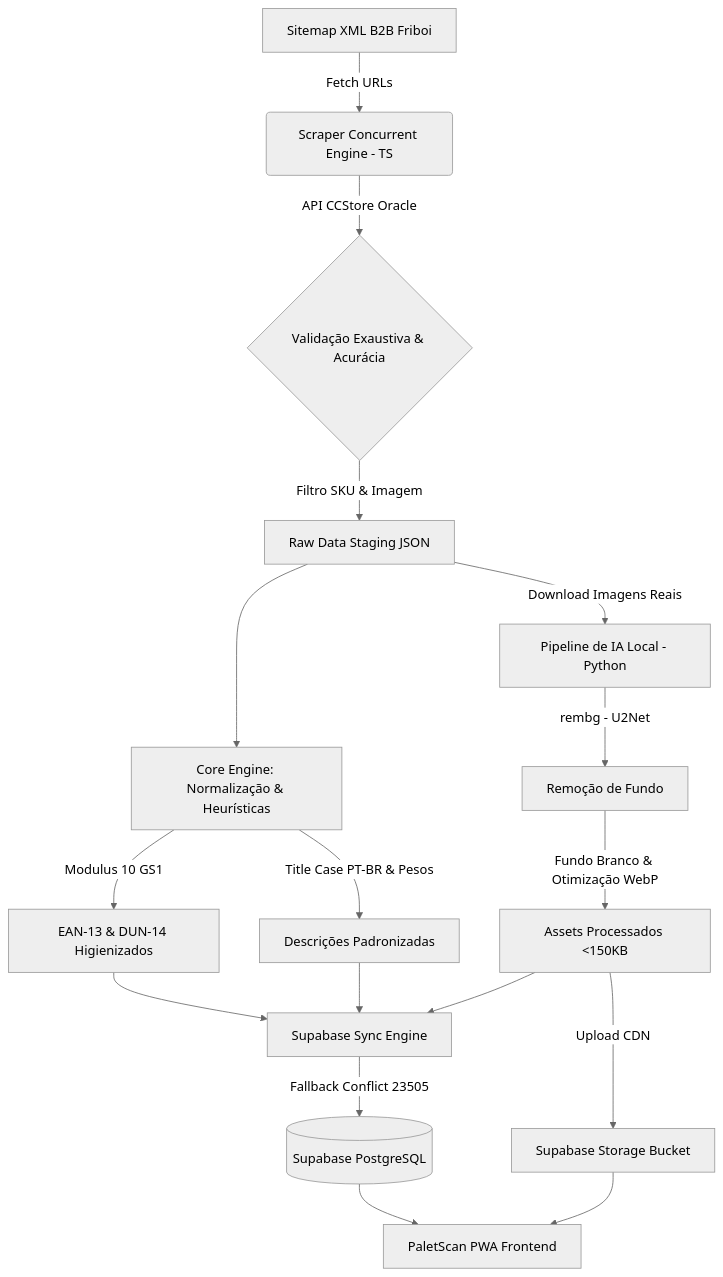
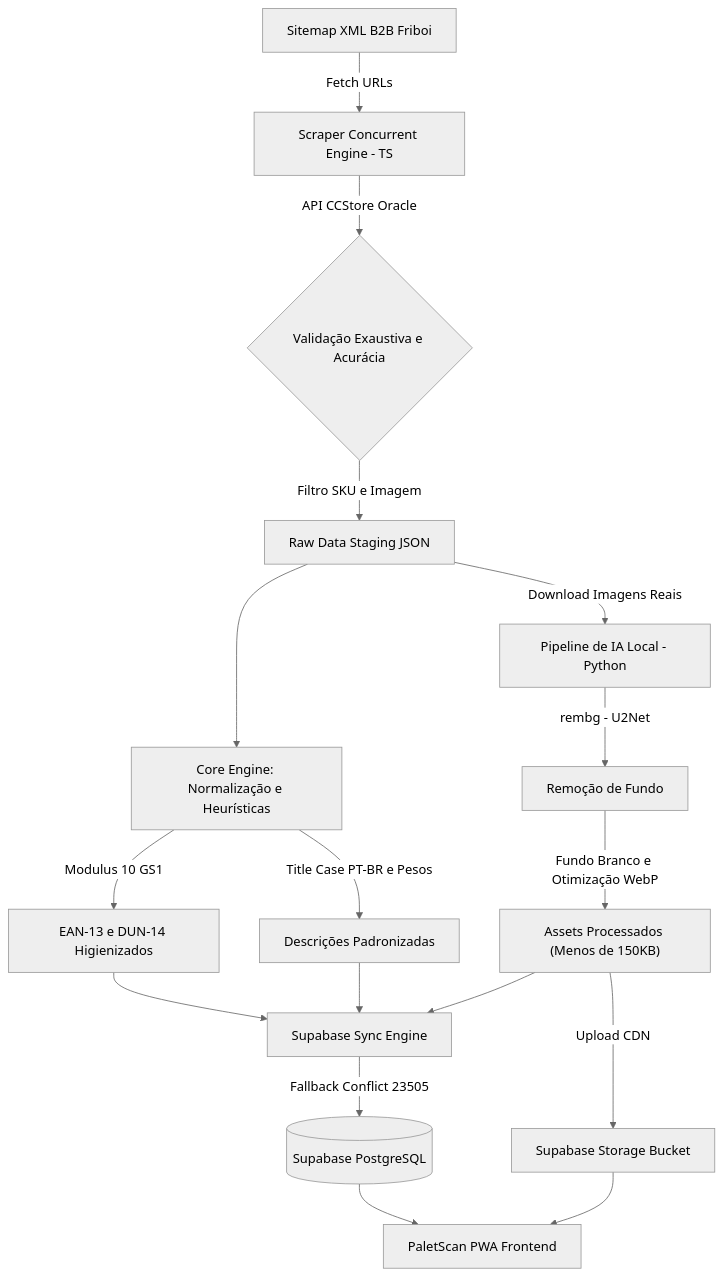
Before and after one commit to NaejBarbosa/paletscan-etl: the diagram in docs/index.md, drawn with Mermaid (neutral theme). The commit also changed other lines of this file and 5 other files, not shown here.

Commit message:
fix(docs): corrige sintaxe dos diagramas Mermaid escapando aspas e caracteres especiais

````diff
--- a/docs/index.md
+++ b/docs/index.md
@@ -19,16 +19,19 @@
 ```mermaid
 graph TD
-    A[Sitemap XML B2B Friboi] -->|Fetch URLs| B(Scraper Concurrent Engine - TS)
-    B -->|API CCStore Oracle| C{Validação Exaustiva & Acurácia}
-    C -->|Filtro SKU & Imagem| D[Raw Data Staging JSON]
-    D --> E[Core Engine: Normalização & Heurísticas]
-    E -->|Modulus 10 GS1| F[EAN-13 & DUN-14 Higienizados]
-    E -->|Title Case PT-BR & Pesos| G[Descrições Padronizadas]
-    D -->|Download Imagens Reais| H[Pipeline de IA Local - Python]
-    H -->|rembg - U2Net| I[Remoção de Fundo]
-    I -->|Fundo Branco & Otimização WebP| J[Assets Processados <150KB]
-    F & G & J --> K[Supabase Sync Engine]
-    K -->|Fallback Conflict 23505| L[(Supabase PostgreSQL)]
-    J -->|Upload CDN| M[Supabase Storage Bucket]
-    L & M --> N[PaletScan PWA Frontend]
+    A["Sitemap XML B2B Friboi"] -->|Fetch URLs| B["Scraper Concurrent Engine - TS"]
+    B -->|API CCStore Oracle| C{"Validação Exaustiva e Acurácia"}
+    C -->|Filtro SKU e Imagem| D["Raw Data Staging JSON"]
+    D --> E["Core Engine: Normalização e Heurísticas"]
+    E -->|Modulus 10 GS1| F["EAN-13 e DUN-14 Higienizados"]
+    E -->|Title Case PT-BR e Pesos| G["Descrições Padronizadas"]
+    D -->|Download Imagens Reais| H["Pipeline de IA Local - Python"]
+    H -->|rembg - U2Net| I["Remoção de Fundo"]
+    I -->|Fundo Branco e Otimização WebP| J["Assets Processados (Menos de 150KB)"]
+    J -->|Upload CDN| M["Supabase Storage Bucket"]
+    F --> K["Supabase Sync Engine"]
+    G --> K
+    J --> K
+    K -->|Fallback Conflict 23505| L[("Supabase PostgreSQL")]
+    L --> N["PaletScan PWA Frontend"]
+    M --> N
 ```
````
